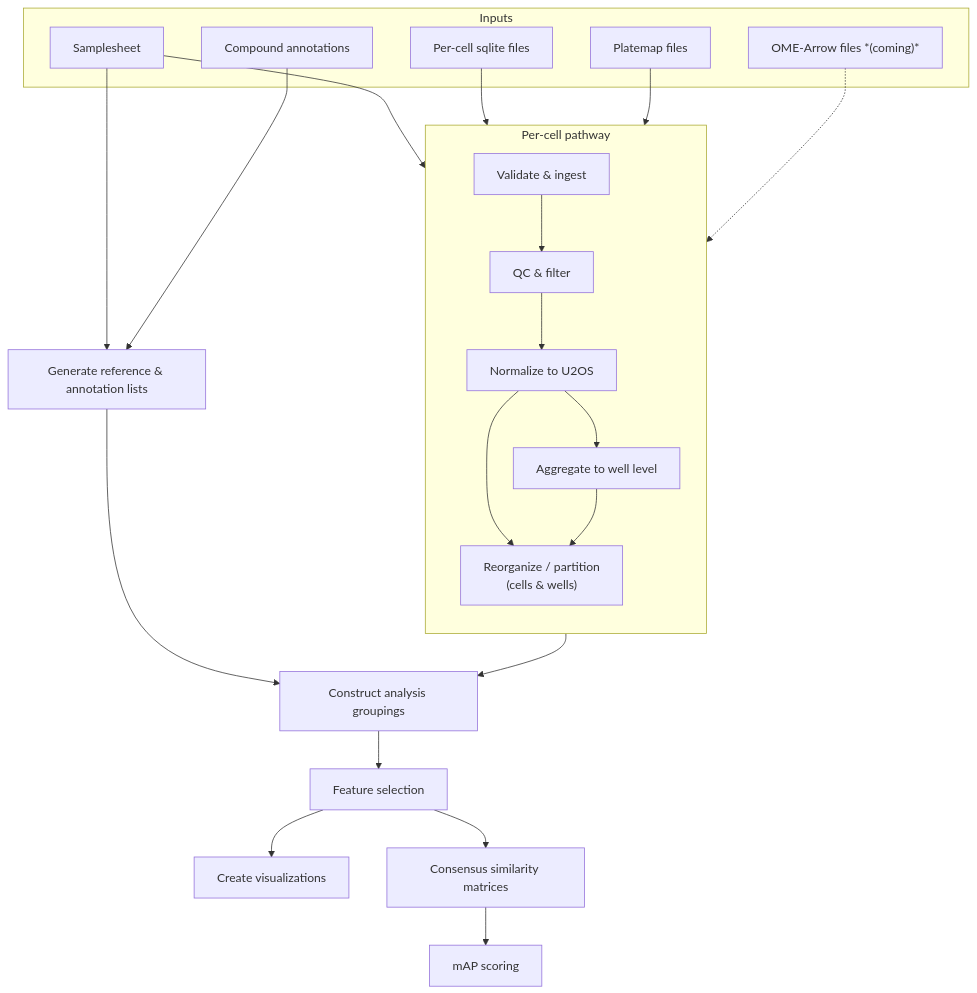
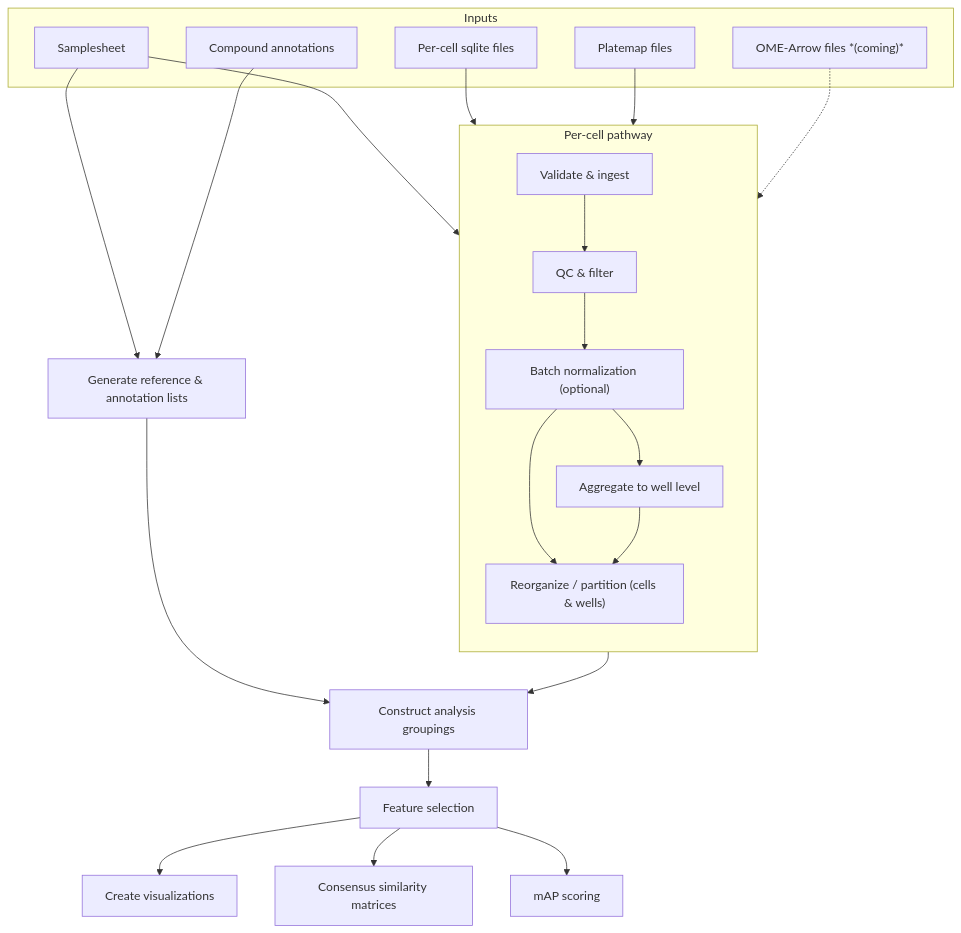
The diagram in planning/outline.md (AlexsLemonade/morphport), drawn with Mermaid before and after one commit.

Commit message:
diagram update

````diff
--- a/planning/outline.md
+++ b/planning/outline.md
@@ -215,33 +215,33 @@
 ```mermaid
 flowchart TD
     subgraph IN["Inputs"]
         SS["Samplesheet"]
         CPQ["Per-cell sqlite files"]
         PM["Platemap files"]
         CA["Compound annotations"]
         OA["OME-Arrow files *(coming)*"]
     end
 
     subgraph CELL["Per-cell pathway"]
         direction TB
         VI_C["Validate & ingest"]
         QC_C["QC & filter"]
-        N_C["Normalize to U2OS"]
+        N_C["Batch normalization (optional)"]
         WSM["Aggregate to well level"]
-        P["Reorganize / partition\n(cells & wells)"]
+        P["Reorganize / partition (cells & wells)"]
         VI_C --> QC_C --> N_C --> WSM & P
         WSM --> P
     end
 
     SS & CPQ & PM --> VI_C
     OA -.-> VI_C
     SS & CA --> REF["Generate reference & annotation lists"]
 
     P --> GRP["Construct analysis groupings"]
     REF --> GRP
 
     GRP --> FS["Feature selection"]
     FS --> VIZ["Create visualizations"]
     FS --> SIM["Consensus similarity matrices"]
-    SIM --> MAP["mAP scoring"]
+    FS --> MAP["mAP scoring"]
 ```
````
